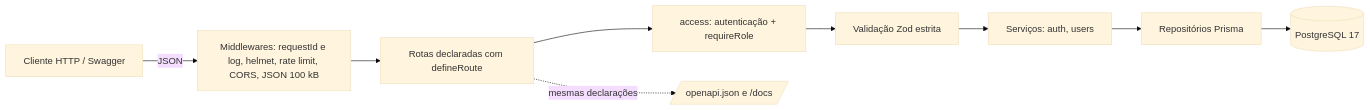
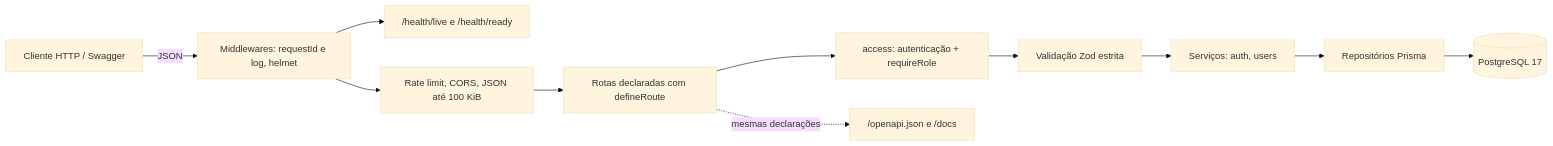
The diagram in docs/arquitetura/README.md (maykontardoche/api-cadastro), drawn with Mermaid (base theme) before and after one commit. The commit also changed 1 other file, not shown here.

Commit message:
docs: README e diagrama de arquitetura revisados
Afirmações mais precisas sobre o access token após a exclusão e o
Cache-Control, exemplos separados por shell, persistência no volume,
mudança de schema e o seed com e-mail de conta excluída. O diagrama mostra
o health fora do rate limit.

````diff
--- a/docs/arquitetura/README.md
+++ b/docs/arquitetura/README.md
@@ -12,11 +12,13 @@
 ```mermaid
 flowchart LR
-  client[Cliente HTTP / Swagger] -->|JSON| mw[Middlewares: requestId e log, helmet, rate limit, CORS, JSON 100 kB]
-  mw --> routes[Rotas declaradas com defineRoute]
+  client[Cliente HTTP / Swagger] -->|JSON| mw[Middlewares: requestId e log, helmet]
+  mw --> health["/health/live e /health/ready"]
+  mw --> api[Rate limit, CORS, JSON até 100 KiB]
+  api --> routes[Rotas declaradas com defineRoute]
   routes --> auth[access: autenticação + requireRole]
   auth --> validate[Validação Zod estrita]
   validate --> services[Serviços: auth, users]
   services --> repos[Repositórios Prisma]
   repos --> db[(PostgreSQL 17)]
-  routes -. mesmas declarações .-> openapi[/openapi.json e /docs/]
+  routes -. mesmas declarações .-> openapi["/openapi.json e /docs"]
 ```
````
